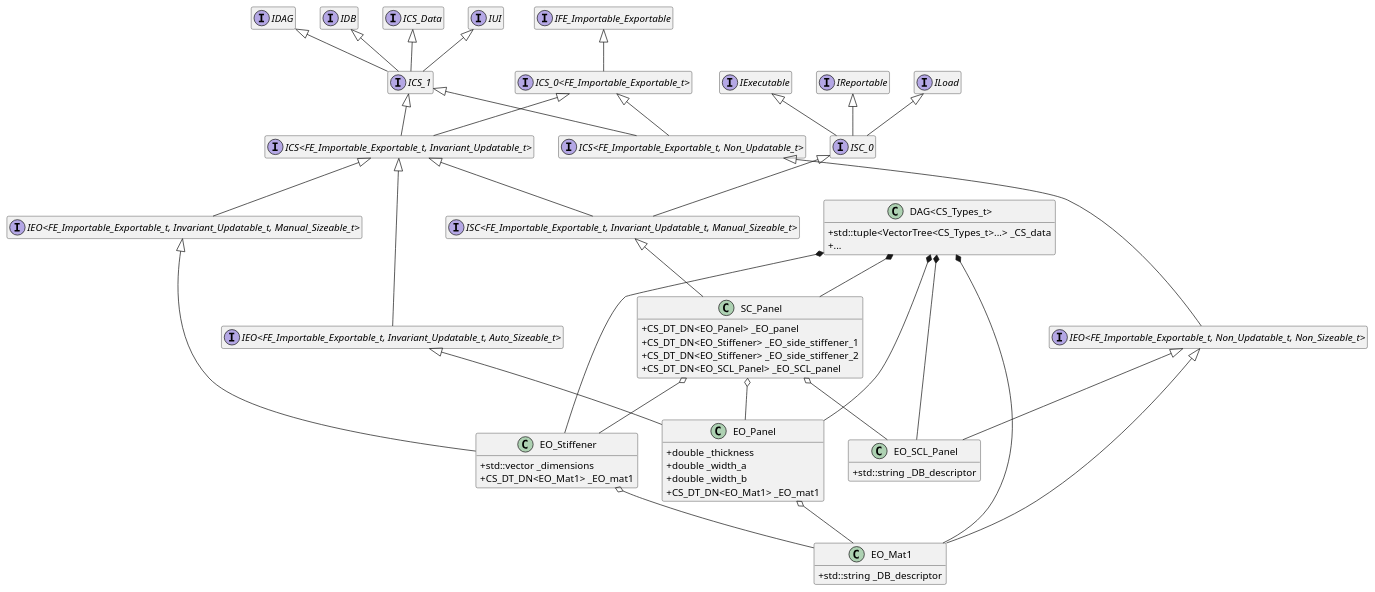
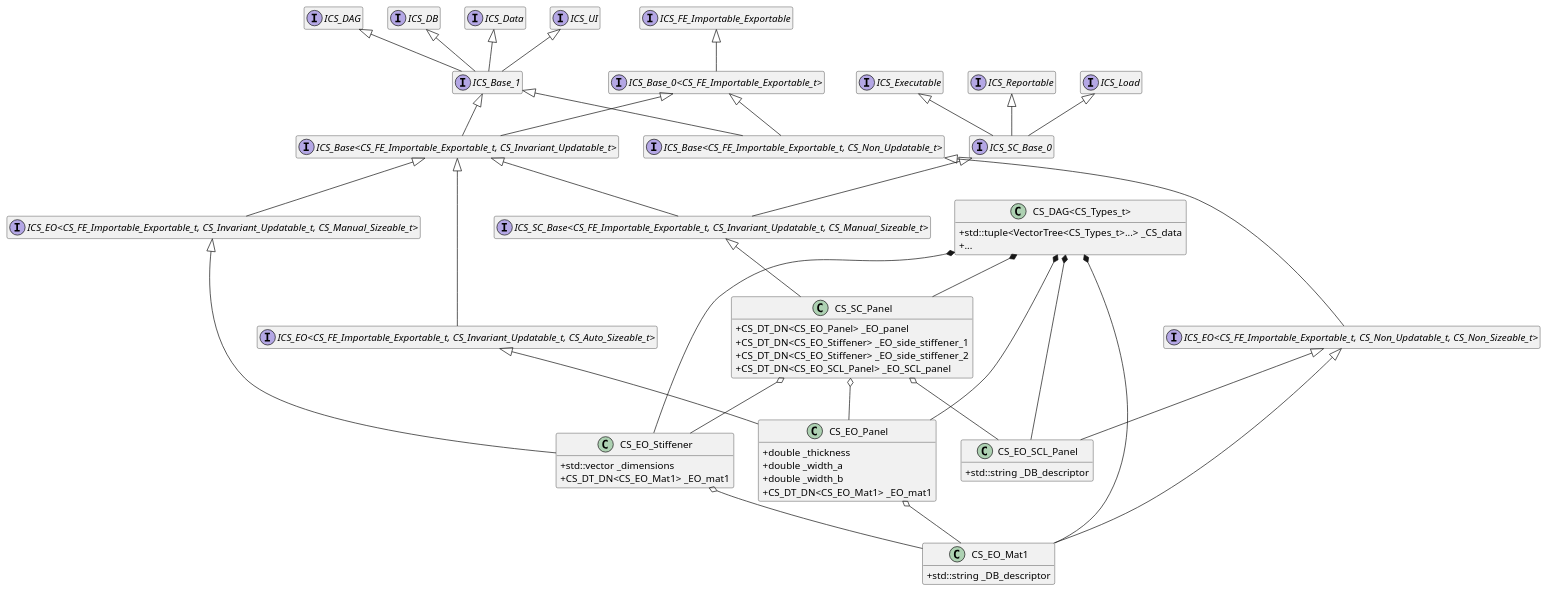
Before and after one commit to BarisAlbayrakIEEE/StructuralAnalysis: the diagram in uml/DAG.puml, drawn with PlantUML.

```diff
--- a/uml/DAG.puml
+++ b/uml/DAG.puml
@@ -1,100 +1,100 @@
 @startuml
 hide empty members
 skinparam classAttributeIconSize 0
 
-interface IUI
-interface IDAG
-interface IDB
+interface ICS_UI
+interface ICS_DAG
+interface ICS_DB
 interface ICS_Data
-interface ICS_1
+interface ICS_Base_1
 
-IUI <|-- ICS_1
-IDAG <|-- ICS_1
-IDB <|-- ICS_1
-ICS_Data <|-- ICS_1
+ICS_UI <|-- ICS_Base_1
+ICS_DAG <|-- ICS_Base_1
+ICS_DB <|-- ICS_Base_1
+ICS_Data <|-- ICS_Base_1
 
-interface IFE_Importable_Exportable
-interface "ICS_0<FE_Importable_Exportable_t>"
-interface "ICS<FE_Importable_Exportable_t, Non_Updatable_t>"
-interface "IEO<FE_Importable_Exportable_t, Non_Updatable_t, Non_Sizeable_t>"
+interface ICS_FE_Importable_Exportable
+interface "ICS_Base_0<CS_FE_Importable_Exportable_t>"
+interface "ICS_Base<CS_FE_Importable_Exportable_t, CS_Non_Updatable_t>"
+interface "ICS_EO<CS_FE_Importable_Exportable_t, CS_Non_Updatable_t, CS_Non_Sizeable_t>"
 
-IFE_Importable_Exportable <|-- "ICS_0<FE_Importable_Exportable_t>"
-"ICS_0<FE_Importable_Exportable_t>" <|-- "ICS<FE_Importable_Exportable_t, Non_Updatable_t>"
-ICS_1 <|-- "ICS<FE_Importable_Exportable_t, Non_Updatable_t>"
-"ICS<FE_Importable_Exportable_t, Non_Updatable_t>" <|-- "IEO<FE_Importable_Exportable_t, Non_Updatable_t, Non_Sizeable_t>"
-"IEO<FE_Importable_Exportable_t, Non_Updatable_t, Non_Sizeable_t>" <|-- EO_Mat1
-"IEO<FE_Importable_Exportable_t, Non_Updatable_t, Non_Sizeable_t>" <|-- EO_SCL_Panel
+ICS_FE_Importable_Exportable <|-- "ICS_Base_0<CS_FE_Importable_Exportable_t>"
+"ICS_Base_0<CS_FE_Importable_Exportable_t>" <|-- "ICS_Base<CS_FE_Importable_Exportable_t, CS_Non_Updatable_t>"
+ICS_Base_1 <|-- "ICS_Base<CS_FE_Importable_Exportable_t, CS_Non_Updatable_t>"
+"ICS_Base<CS_FE_Importable_Exportable_t, CS_Non_Updatable_t>" <|-- "ICS_EO<CS_FE_Importable_Exportable_t, CS_Non_Updatable_t, CS_Non_Sizeable_t>"
+"ICS_EO<CS_FE_Importable_Exportable_t, CS_Non_Updatable_t, CS_Non_Sizeable_t>" <|-- CS_EO_Mat1
+"ICS_EO<CS_FE_Importable_Exportable_t, CS_Non_Updatable_t, CS_Non_Sizeable_t>" <|-- CS_EO_SCL_Panel
 
-class EO_Mat1 {
+class CS_EO_Mat1 {
     +std::string _DB_descriptor
 }
 
-class EO_SCL_Panel {
+class CS_EO_SCL_Panel {
     +std::string _DB_descriptor
 }
 
 
 
-interface "ICS<FE_Importable_Exportable_t, Invariant_Updatable_t>"
-interface "IEO<FE_Importable_Exportable_t, Invariant_Updatable_t, Auto_Sizeable_t>"
-interface "IEO<FE_Importable_Exportable_t, Invariant_Updatable_t, Manual_Sizeable_t>"
+interface "ICS_Base<CS_FE_Importable_Exportable_t, CS_Invariant_Updatable_t>"
+interface "ICS_EO<CS_FE_Importable_Exportable_t, CS_Invariant_Updatable_t, CS_Auto_Sizeable_t>"
+interface "ICS_EO<CS_FE_Importable_Exportable_t, CS_Invariant_Updatable_t, CS_Manual_Sizeable_t>"
 
-ICS_1 <|-- "ICS<FE_Importable_Exportable_t, Invariant_Updatable_t>"
-"ICS_0<FE_Importable_Exportable_t>" <|-- "ICS<FE_Importable_Exportable_t, Invariant_Updatable_t>"
-"ICS<FE_Importable_Exportable_t, Invariant_Updatable_t>" <|-- "IEO<FE_Importable_Exportable_t, Invariant_Updatable_t, Auto_Sizeable_t>"
-"ICS<FE_Importable_Exportable_t, Invariant_Updatable_t>" <|-- "IEO<FE_Importable_Exportable_t, Invariant_Updatable_t, Manual_Sizeable_t>"
-"IEO<FE_Importable_Exportable_t, Invariant_Updatable_t, Auto_Sizeable_t>" <|-- EO_Panel
-"IEO<FE_Importable_Exportable_t, Invariant_Updatable_t, Manual_Sizeable_t>" <|-- EO_Stiffener
+ICS_Base_1 <|-- "ICS_Base<CS_FE_Importable_Exportable_t, CS_Invariant_Updatable_t>"
+"ICS_Base_0<CS_FE_Importable_Exportable_t>" <|-- "ICS_Base<CS_FE_Importable_Exportable_t, CS_Invariant_Updatable_t>"
+"ICS_Base<CS_FE_Importable_Exportable_t, CS_Invariant_Updatable_t>" <|-- "ICS_EO<CS_FE_Importable_Exportable_t, CS_Invariant_Updatable_t, CS_Auto_Sizeable_t>"
+"ICS_Base<CS_FE_Importable_Exportable_t, CS_Invariant_Updatable_t>" <|-- "ICS_EO<CS_FE_Importable_Exportable_t, CS_Invariant_Updatable_t, CS_Manual_Sizeable_t>"
+"ICS_EO<CS_FE_Importable_Exportable_t, CS_Invariant_Updatable_t, CS_Auto_Sizeable_t>" <|-- CS_EO_Panel
+"ICS_EO<CS_FE_Importable_Exportable_t, CS_Invariant_Updatable_t, CS_Manual_Sizeable_t>" <|-- CS_EO_Stiffener
 
-class EO_Panel {
+class CS_EO_Panel {
     +double _thickness
     +double _width_a
     +double _width_b
-    +CS_DT_DN<EO_Mat1> _EO_mat1
+    +CS_DT_DN<CS_EO_Mat1> _EO_mat1
 }
-EO_Panel o-- EO_Mat1
+CS_EO_Panel o-- CS_EO_Mat1
 
-class EO_Stiffener {
+class CS_EO_Stiffener {
     +std::vector _dimensions
-    +CS_DT_DN<EO_Mat1> _EO_mat1
+    +CS_DT_DN<CS_EO_Mat1> _EO_mat1
 }
-EO_Stiffener o-- EO_Mat1
+CS_EO_Stiffener o-- CS_EO_Mat1
 
 
 
-interface IExecutable
-interface IReportable
-interface ILoad
-interface ISC_0
-interface "ISC<FE_Importable_Exportable_t, Invariant_Updatable_t, Manual_Sizeable_t>"
+interface ICS_Executable
+interface ICS_Reportable
+interface ICS_Load
+interface ICS_SC_Base_0
+interface "ICS_SC_Base<CS_FE_Importable_Exportable_t, CS_Invariant_Updatable_t, CS_Manual_Sizeable_t>"
 
-IExecutable <|-- ISC_0
-IReportable <|-- ISC_0
-ILoad <|-- ISC_0
-ISC_0 <|-- "ISC<FE_Importable_Exportable_t, Invariant_Updatable_t, Manual_Sizeable_t>"
-"ICS<FE_Importable_Exportable_t, Invariant_Updatable_t>" <|-- "ISC<FE_Importable_Exportable_t, Invariant_Updatable_t, Manual_Sizeable_t>"
-"ISC<FE_Importable_Exportable_t, Invariant_Updatable_t, Manual_Sizeable_t>" <|-- SC_Panel
+ICS_Executable <|-- ICS_SC_Base_0
+ICS_Reportable <|-- ICS_SC_Base_0
+ICS_Load <|-- ICS_SC_Base_0
+ICS_SC_Base_0 <|-- "ICS_SC_Base<CS_FE_Importable_Exportable_t, CS_Invariant_Updatable_t, CS_Manual_Sizeable_t>"
+"ICS_Base<CS_FE_Importable_Exportable_t, CS_Invariant_Updatable_t>" <|-- "ICS_SC_Base<CS_FE_Importable_Exportable_t, CS_Invariant_Updatable_t, CS_Manual_Sizeable_t>"
+"ICS_SC_Base<CS_FE_Importable_Exportable_t, CS_Invariant_Updatable_t, CS_Manual_Sizeable_t>" <|-- CS_SC_Panel
 
-class SC_Panel {
-    +CS_DT_DN<EO_Panel> _EO_panel
-    +CS_DT_DN<EO_Stiffener> _EO_side_stiffener_1
-    +CS_DT_DN<EO_Stiffener> _EO_side_stiffener_2
-    +CS_DT_DN<EO_SCL_Panel> _EO_SCL_panel
+class CS_SC_Panel {
+    +CS_DT_DN<CS_EO_Panel> _EO_panel
+    +CS_DT_DN<CS_EO_Stiffener> _EO_side_stiffener_1
+    +CS_DT_DN<CS_EO_Stiffener> _EO_side_stiffener_2
+    +CS_DT_DN<CS_EO_SCL_Panel> _EO_SCL_panel
 }
-SC_Panel o-- EO_Panel
-SC_Panel o-- EO_Stiffener
-SC_Panel o-- EO_SCL_Panel
+CS_SC_Panel o-- CS_EO_Panel
+CS_SC_Panel o-- CS_EO_Stiffener
+CS_SC_Panel o-- CS_EO_SCL_Panel
 
 
 
-class "DAG<CS_Types_t>" {
+class "CS_DAG<CS_Types_t>" {
     +std::tuple<VectorTree<CS_Types_t>...> _CS_data
     +...
 }
-"DAG<CS_Types_t>" *-- EO_Mat1
-"DAG<CS_Types_t>" *-- EO_Panel
-"DAG<CS_Types_t>" *-- EO_Stiffener
-"DAG<CS_Types_t>" *-- EO_SCL_Panel
-"DAG<CS_Types_t>" *-- SC_Panel
+"CS_DAG<CS_Types_t>" *-- CS_EO_Mat1
+"CS_DAG<CS_Types_t>" *-- CS_EO_Panel
+"CS_DAG<CS_Types_t>" *-- CS_EO_Stiffener
+"CS_DAG<CS_Types_t>" *-- CS_EO_SCL_Panel
+"CS_DAG<CS_Types_t>" *-- CS_SC_Panel
 
 @enduml
```
